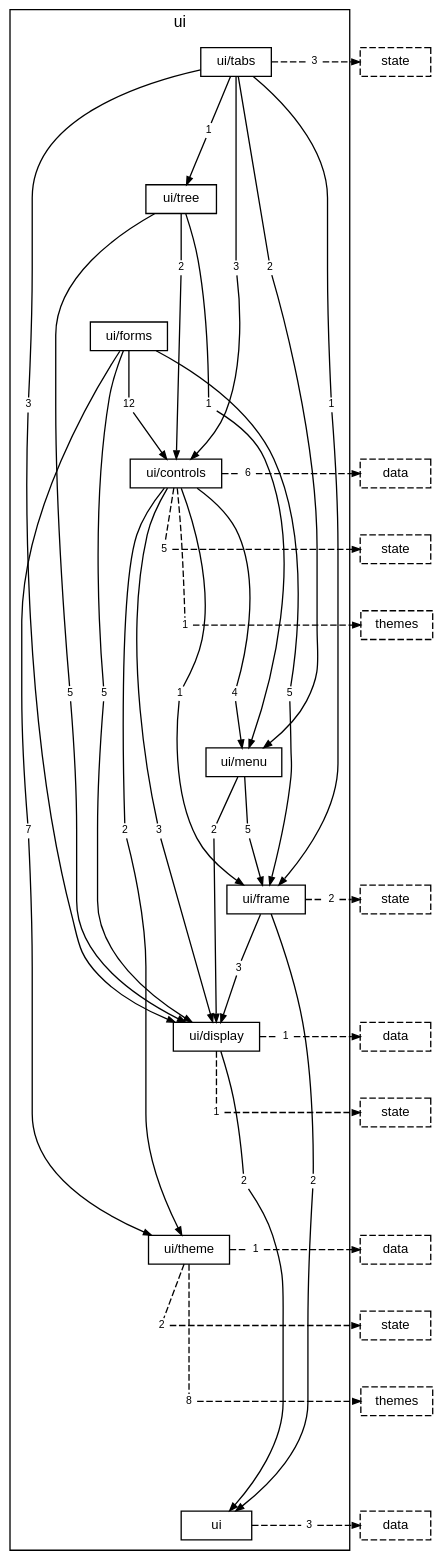
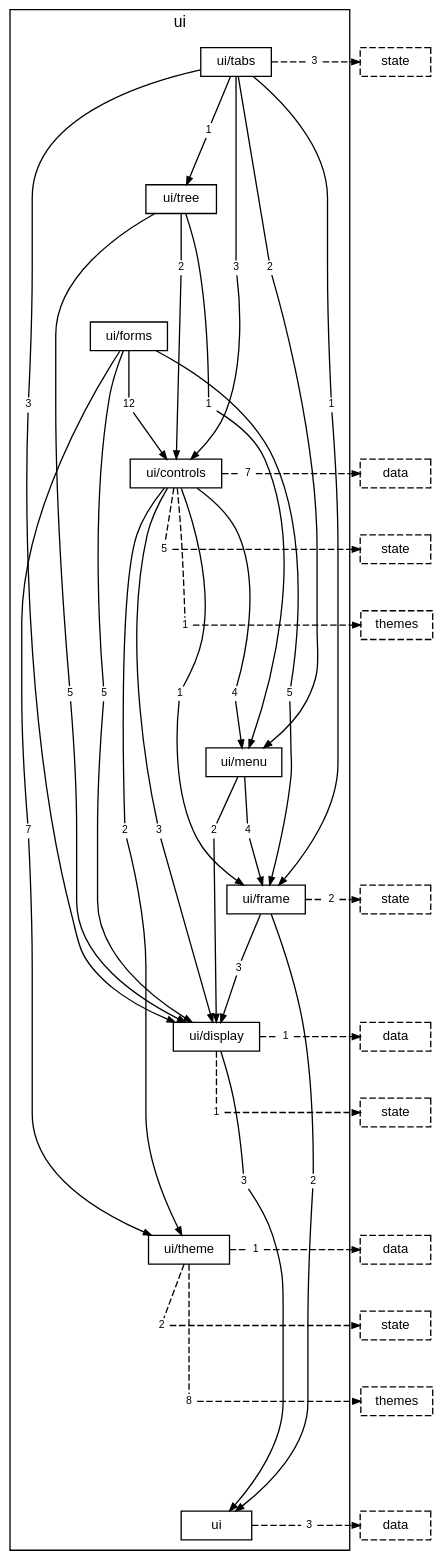
One commit to TheAxeC/oculus changed the diagram in docs/diagrams/layer-ui.dot. Above: the diagram before and after it, drawn with Graphviz. The commit also changed 471 other files, not shown here.

```diff
--- a/docs/diagrams/layer-ui.dot
+++ b/docs/diagrams/layer-ui.dot
@@ -30,15 +30,15 @@
         "folder ui/controls to folder ui/frame" [label="1", shape=box, color="transparent", fontsize=8, width=0, height=0, margin="0.04,0.02"];
         "folder ui/controls to folder ui/menu" [label="4", shape=box, color="transparent", fontsize=8, width=0, height=0, margin="0.04,0.02"];
         "folder ui/controls to folder ui/theme" [label="2", shape=box, color="transparent", fontsize=8, width=0, height=0, margin="0.04,0.02"];
-        "folder ui/controls to layer data" [label="6", shape=box, color="transparent", fontsize=8, width=0, height=0, margin="0.04,0.02"];
+        "folder ui/controls to layer data" [label="7", shape=box, color="transparent", fontsize=8, width=0, height=0, margin="0.04,0.02"];
         "folder ui/controls to layer state" [label="5", shape=box, color="transparent", fontsize=8, width=0, height=0, margin="0.04,0.02"];
         "folder ui/controls to layer themes" [label="1", shape=box, color="transparent", fontsize=8, width=0, height=0, margin="0.04,0.02"];
         "folder ui/menu to folder ui/display" [label="2", shape=box, color="transparent", fontsize=8, width=0, height=0, margin="0.04,0.02"];
-        "folder ui/menu to folder ui/frame" [label="5", shape=box, color="transparent", fontsize=8, width=0, height=0, margin="0.04,0.02"];
+        "folder ui/menu to folder ui/frame" [label="4", shape=box, color="transparent", fontsize=8, width=0, height=0, margin="0.04,0.02"];
         "folder ui/frame to folder ui" [label="2", shape=box, color="transparent", fontsize=8, width=0, height=0, margin="0.04,0.02"];
         "folder ui/frame to folder ui/display" [label="3", shape=box, color="transparent", fontsize=8, width=0, height=0, margin="0.04,0.02"];
         "folder ui/frame to layer state" [label="2", shape=box, color="transparent", fontsize=8, width=0, height=0, margin="0.04,0.02"];
-        "folder ui/display to folder ui" [label="2", shape=box, color="transparent", fontsize=8, width=0, height=0, margin="0.04,0.02"];
+        "folder ui/display to folder ui" [label="3", shape=box, color="transparent", fontsize=8, width=0, height=0, margin="0.04,0.02"];
         "folder ui/display to layer data" [label="1", shape=box, color="transparent", fontsize=8, width=0, height=0, margin="0.04,0.02"];
         "folder ui/display to layer state" [label="1", shape=box, color="transparent", fontsize=8, width=0, height=0, margin="0.04,0.02"];
         "folder ui/theme to layer data" [label="1", shape=box, color="transparent", fontsize=8, width=0, height=0, margin="0.04,0.02"];
```
